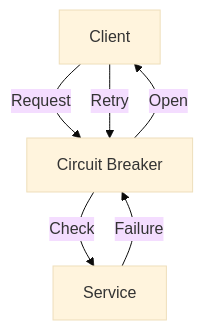
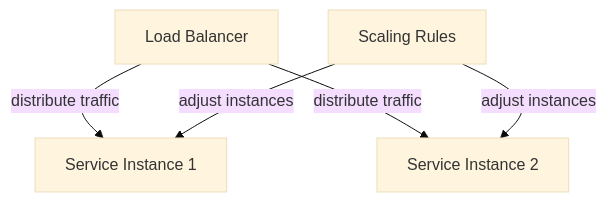
The second of 5 diagrams in docs/blogs/Building_Scalable_Microservices_with_Nodejs_and_gRPC_Part_2.md (baaghinitesh/dailly-notes), drawn with Mermaid (base theme) before and after one commit. The commit also changed other lines of this file and 5 other files, not shown here.

````diff
--- a/docs/blogs/Building_Scalable_Microservices_with_Nodejs_and_gRPC_Part_2.md
+++ b/docs/blogs/Building_Scalable_Microservices_with_Nodejs_and_gRPC_Part_2.md
@@ -39,8 +39,7 @@
 ```mermaid
 flowchart TD
-    A[Client] -->|Request| B[Circuit Breaker]
-    B -->|Check| C[Service]
-    C -->|Failure| B
-    B -->|Open| A
-    A -->|Retry| B
+    A[Load Balancer] -->| distribute traffic| B[Service Instance 1]
+    A -->|distribute traffic| C[Service Instance 2]
+    D[Scaling Rules] -->|adjust instances| B
+    D -->|adjust instances| C
 ```
````
